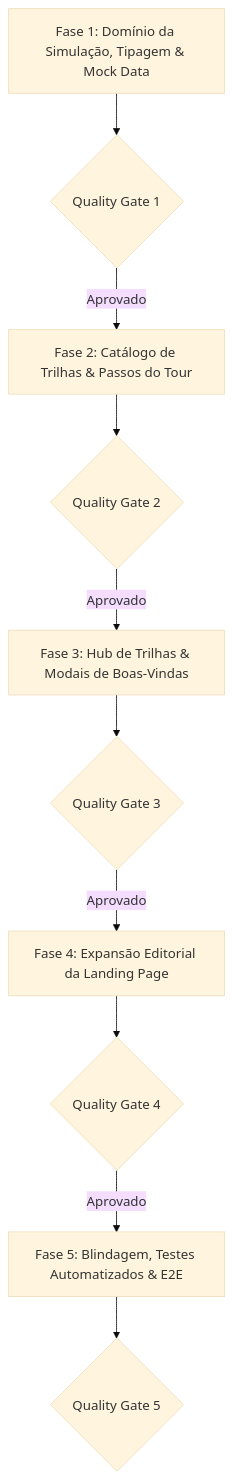
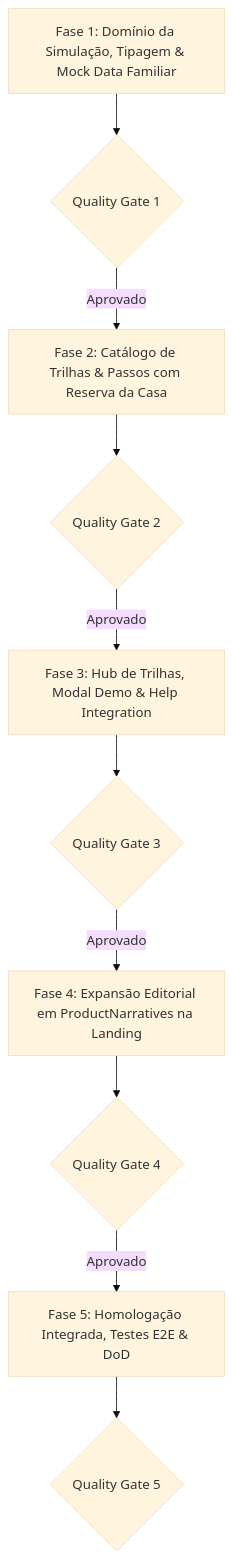
Before and after one commit to gabri3lsal3s/financasNew: the diagram in docs/plans/04_PLANO_EXPANSAO_APRESENTACAO_E_TOUR_GUIADO.md, drawn with Mermaid (base theme). The commit also changed other lines of this file and 91 other files, not shown here.

````diff
--- a/docs/plans/04_PLANO_EXPANSAO_APRESENTACAO_E_TOUR_GUIADO.md
+++ b/docs/plans/04_PLANO_EXPANSAO_APRESENTACAO_E_TOUR_GUIADO.md
@@ -41,12 +56,12 @@
 ```mermaid
 flowchart TD
-    Fase1[Fase 1: Domínio da Simulação, Tipagem & Mock Data] --> QG1{Quality Gate 1}
-    QG1 -->|Aprovado| Fase2[Fase 2: Catálogo de Trilhas & Passos do Tour]
+    Fase1[Fase 1: Domínio da Simulação, Tipagem & Mock Data Familiar] --> QG1{Quality Gate 1}
+    QG1 -->|Aprovado| Fase2[Fase 2: Catálogo de Trilhas & Passos com Reserva da Casa]
     Fase2 --> QG2{Quality Gate 2}
-    QG2 -->|Aprovado| Fase3[Fase 3: Hub de Trilhas & Modais de Boas-Vindas]
+    QG2 -->|Aprovado| Fase3[Fase 3: Hub de Trilhas, Modal Demo & Help Integration]
     Fase3 --> QG3{Quality Gate 3}
-    QG3 -->|Aprovado| Fase4[Fase 4: Expansão Editorial da Landing Page]
+    QG3 -->|Aprovado| Fase4[Fase 4: Expansão Editorial em ProductNarratives na Landing]
     Fase4 --> QG4{Quality Gate 4}
-    QG4 -->|Aprovado| Fase5[Fase 5: Blindagem, Testes Automatizados & E2E]
+    QG4 -->|Aprovado| Fase5[Fase 5: Homologação Integrada, Testes E2E & DoD]
     Fase5 --> QG5{Quality Gate 5}
 ```
````
